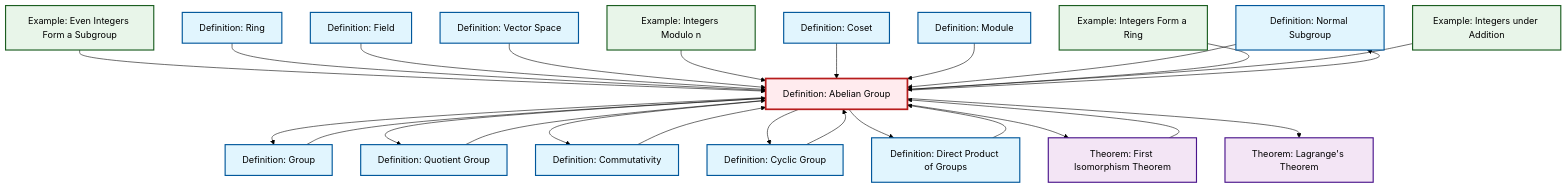
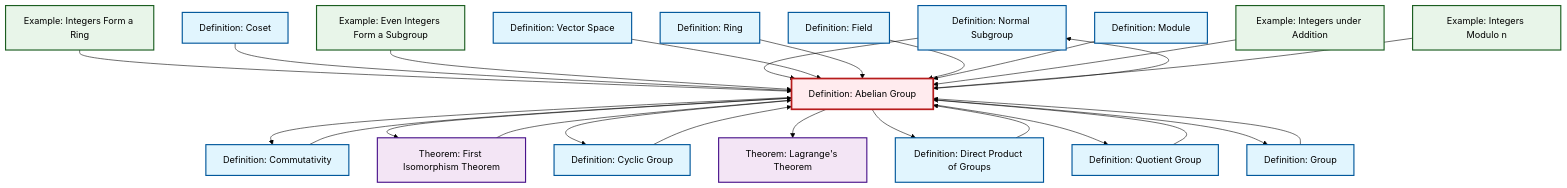
Before and after one commit to RK0429/ModernMath: the diagram in content/en/algebra/def-abelian-group.qmd, drawn with Mermaid (forest theme). The commit also changed other lines of this file and 497 other files, not shown here.

````diff
--- a/content/en/algebra/def-abelian-group.qmd
+++ b/content/en/algebra/def-abelian-group.qmd
@@ -102,69 +102,69 @@
 ```{mermaid}
 %%| fig-cap: "Local dependency graph"
 graph TD
     classDef definition fill:#e1f5fe,stroke:#01579b,stroke-width:2px
     classDef theorem fill:#f3e5f5,stroke:#4a148c,stroke-width:2px
     classDef axiom fill:#fff3e0,stroke:#e65100,stroke-width:2px
     classDef example fill:#e8f5e9,stroke:#1b5e20,stroke-width:2px
     classDef current fill:#ffebee,stroke:#b71c1c,stroke-width:3px
     def-normal-subgroup["Definition: Normal Subgroup"]:::definition
-    def-quotient-group["Definition: Quotient Group"]:::definition
-    ex-even-integers-subgroup["Example: Even Integers Form a Subgroup"]:::example
-    def-abelian-group["Definition: Abelian Group"]:::definition
-    thm-lagrange["Theorem: Lagrange's Theorem"]:::theorem
     thm-first-isomorphism["Theorem: First Isomorphism Theorem"]:::theorem
-    ex-integers-addition["Example: Integers under Addition"]:::example
-    def-coset["Definition: Coset"]:::definition
-    ex-quotient-integers-mod-n["Example: Integers Modulo n"]:::example
     def-field["Definition: Field"]:::definition
     def-module["Definition: Module"]:::definition
+    ex-quotient-integers-mod-n["Example: Integers Modulo n"]:::example
+    thm-lagrange["Theorem: Lagrange's Theorem"]:::theorem
+    def-coset["Definition: Coset"]:::definition
     def-vector-space["Definition: Vector Space"]:::definition
+    def-quotient-group["Definition: Quotient Group"]:::definition
+    ex-integers-addition["Example: Integers under Addition"]:::example
     def-cyclic-group["Definition: Cyclic Group"]:::definition
+    ex-even-integers-subgroup["Example: Even Integers Form a Subgroup"]:::example
+    def-ring["Definition: Ring"]:::definition
+    def-group["Definition: Group"]:::definition
+    def-commutativity["Definition: Commutativity"]:::definition
+    def-abelian-group["Definition: Abelian Group"]:::definition
+    ex-integers-ring["Example: Integers Form a Ring"]:::example
     def-direct-product["Definition: Direct Product of Groups"]:::definition
-    def-group["Definition: Group"]:::definition
-    def-ring["Definition: Ring"]:::definition
-    def-commutativity["Definition: Commutativity"]:::definition
-    ex-integers-ring["Example: Integers Form a Ring"]:::example
+    def-abelian-group --> def-commutativity
+    def-abelian-group --> thm-first-isomorphism
+    def-direct-product --> def-abelian-group
+    ex-integers-ring --> def-abelian-group
+    def-coset --> def-abelian-group
+    def-abelian-group --> def-normal-subgroup
+    ex-even-integers-subgroup --> def-abelian-group
+    def-normal-subgroup --> def-abelian-group
+    def-abelian-group --> def-cyclic-group
+    def-abelian-group --> thm-lagrange
+    thm-first-isomorphism --> def-abelian-group
+    def-group --> def-abelian-group
+    def-vector-space --> def-abelian-group
+    def-abelian-group --> def-direct-product
+    def-ring --> def-abelian-group
+    def-field --> def-abelian-group
     def-cyclic-group --> def-abelian-group
+    def-abelian-group --> def-quotient-group
     def-abelian-group --> def-group
-    def-direct-product --> def-abelian-group
-    ex-even-integers-subgroup --> def-abelian-group
-    def-ring --> def-abelian-group
-    def-abelian-group --> def-quotient-group
-    def-field --> def-abelian-group
-    def-vector-space --> def-abelian-group
-    def-abelian-group --> def-commutativity
-    thm-first-isomorphism --> def-abelian-group
+    def-module --> def-abelian-group
+    def-quotient-group --> def-abelian-group
+    def-commutativity --> def-abelian-group
+    ex-integers-addition --> def-abelian-group
     ex-quotient-integers-mod-n --> def-abelian-group
-    def-abelian-group --> def-cyclic-group
-    def-coset --> def-abelian-group
-    def-module --> def-abelian-group
-    def-commutativity --> def-abelian-group
-    def-normal-subgroup --> def-abelian-group
-    def-group --> def-abelian-group
-    ex-integers-ring --> def-abelian-group
-    ex-integers-addition --> def-abelian-group
-    def-abelian-group --> def-direct-product
-    def-abelian-group --> thm-first-isomorphism
-    def-quotient-group --> def-abelian-group
-    def-abelian-group --> def-normal-subgroup
-    def-abelian-group --> thm-lagrange
     class def-abelian-group current
     click def-normal-subgroup "def-normal-subgroup.html" "Go to Normal Subgroup definition"
-    click def-quotient-group "def-quotient-group.html" "Go to Quotient Group definition"
-    click ex-even-integers-subgroup "ex-even-integers-subgroup.html" "Go to Even Integers Form a Subgroup example"
-    click thm-lagrange "thm-lagrange.html" "Go to Lagrange's Theorem theorem"
     click thm-first-isomorphism "thm-first-isomorphism.html" "Go to First Isomorphism Theorem theorem"
-    click ex-integers-addition "ex-integers-addition.html" "Go to Integers under Addition example"
-    click def-coset "def-coset.html" "Go to Coset definition"
-    click ex-quotient-integers-mod-n "ex-quotient-integers-mod-n.html" "Go to Integers Modulo n example"
     click def-field "def-field.html" "Go to Field definition"
     click def-module "def-module.html" "Go to Module definition"
+    click ex-quotient-integers-mod-n "ex-quotient-integers-mod-n.html" "Go to Integers Modulo n example"
+    click thm-lagrange "thm-lagrange.html" "Go to Lagrange's Theorem theorem"
+    click def-coset "def-coset.html" "Go to Coset definition"
     click def-vector-space "def-vector-space.html" "Go to Vector Space definition"
+    click def-quotient-group "def-quotient-group.html" "Go to Quotient Group definition"
+    click ex-integers-addition "ex-integers-addition.html" "Go to Integers under Addition example"
     click def-cyclic-group "def-cyclic-group.html" "Go to Cyclic Group definition"
-    click def-direct-product "def-direct-product.html" "Go to Direct Product of Groups definition"
+    click ex-even-integers-subgroup "ex-even-integers-subgroup.html" "Go to Even Integers Form a Subgroup example"
+    click def-ring "def-ring.html" "Go to Ring definition"
     click def-group "def-group.html" "Go to Group definition"
-    click def-ring "def-ring.html" "Go to Ring definition"
     click def-commutativity "def-commutativity.html" "Go to Commutativity definition"
     click ex-integers-ring "ex-integers-ring.html" "Go to Integers Form a Ring example"
+    click def-direct-product "def-direct-product.html" "Go to Direct Product of Groups definition"
 ```
````
